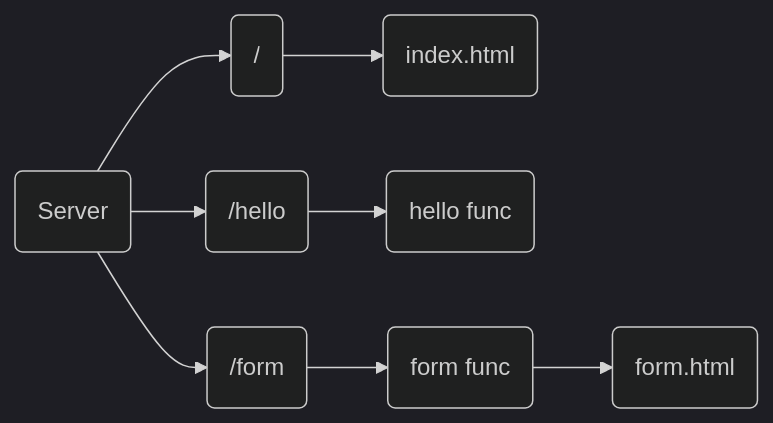
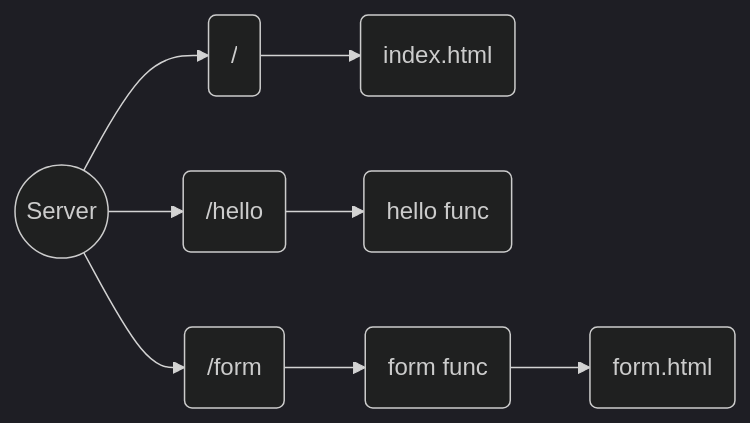
The diagram in README.md (HorningGit/Golang_webServer), drawn with Mermaid (dark theme) before and after one commit.

````diff
--- a/README.md
+++ b/README.md
@@ -3,6 +3,6 @@
 ```mermaid
 flowchart LR
-A(Server)-->Root(/)-->Home(index.html)
+A((Server))-->Root(/)-->Home(index.html)
 A-->B(/hello)-->C(hello func)
 A-->D(/form)-->E(form func)-->F(form.html)
 ```
````
